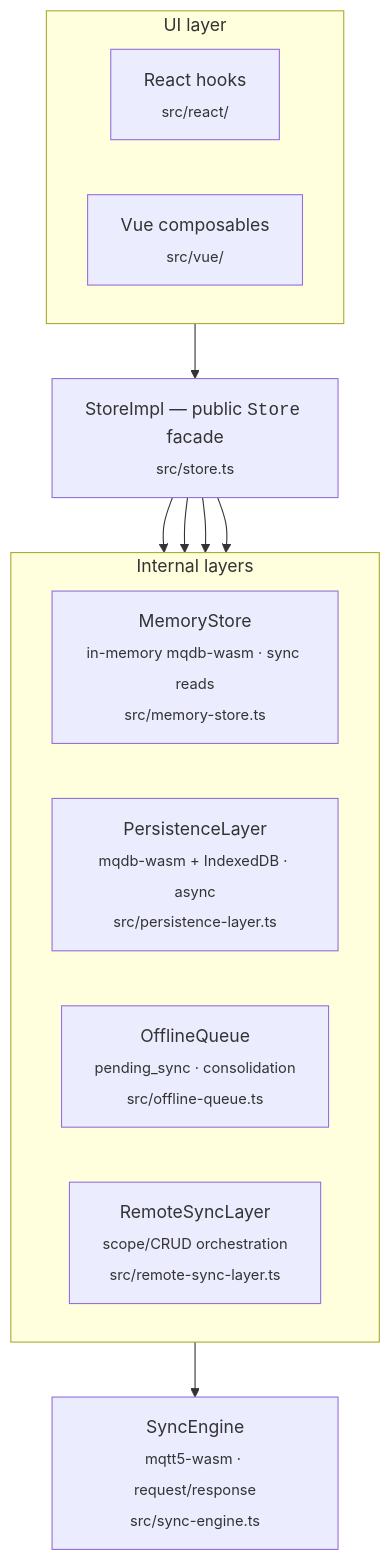
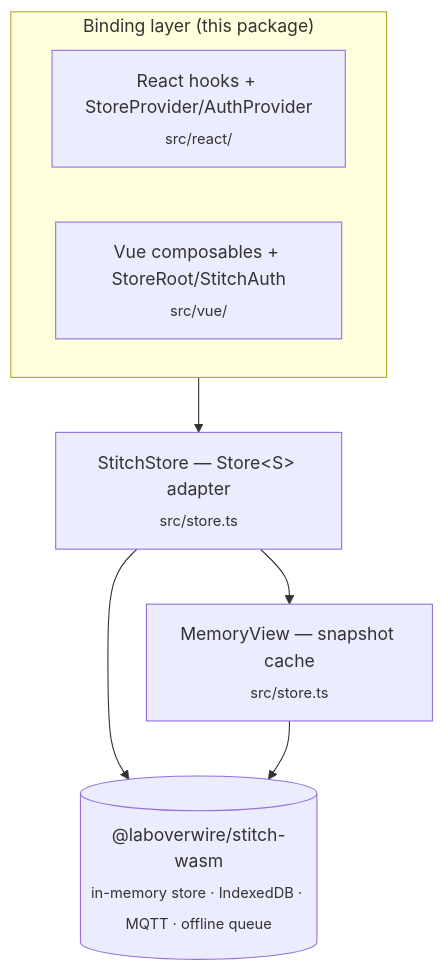
Before and after one commit to LabOverWire/stitch: the diagram in ARCHITECTURE.md, drawn with Mermaid. The commit also changed other lines of this file and 47 other files, not shown here.

Commit message:
replace backend with stitch-wasm

````diff
--- a/ARCHITECTURE.md
+++ b/ARCHITECTURE.md
@@ -24,27 +44,18 @@
 ```mermaid
 flowchart TB
-  subgraph UI["UI layer"]
+  subgraph UI["Binding layer (this package)"]
     direction LR
-    React["React hooks<br/><sub>src/react/</sub>"]
-    Vue["Vue composables<br/><sub>src/vue/</sub>"]
+    React["React hooks + StoreProvider/AuthProvider<br/><sub>src/react/</sub>"]
+    Vue["Vue composables + StoreRoot/StitchAuth<br/><sub>src/vue/</sub>"]
   end
 
-  Store["StoreImpl — public <code>Store</code> facade<br/><sub>src/store.ts</sub>"]
+  Adapter["StitchStore — Store&lt;S&gt; adapter<br/><sub>src/store.ts</sub>"]
+  MemoryView["MemoryView — snapshot cache<br/><sub>src/store.ts</sub>"]
 
-  subgraph Internals["Internal layers"]
-    direction LR
-    Memory["MemoryStore<br/><sub>in-memory mqdb-wasm · sync reads<br/>src/memory-store.ts</sub>"]
-    Persistence["PersistenceLayer<br/><sub>mqdb-wasm + IndexedDB · async<br/>src/persistence-layer.ts</sub>"]
-    Queue["OfflineQueue<br/><sub>pending_sync · consolidation<br/>src/offline-queue.ts</sub>"]
-    Remote["RemoteSyncLayer<br/><sub>scope/CRUD orchestration<br/>src/remote-sync-layer.ts</sub>"]
-  end
+  Wasm[("@laboverwire/stitch-wasm<br/><sub>in-memory store · IndexedDB · MQTT · offline queue</sub>")]
 
-  Engine["SyncEngine<br/><sub>mqtt5-wasm · request/response<br/>src/sync-engine.ts</sub>"]
-
-  UI --> Store
-  Store --> Memory
-  Store --> Persistence
-  Store --> Queue
-  Store --> Remote
-  Remote --> Engine
+  UI --> Adapter
+  Adapter --> MemoryView
+  Adapter --> Wasm
+  MemoryView --> Wasm
 ```
````
